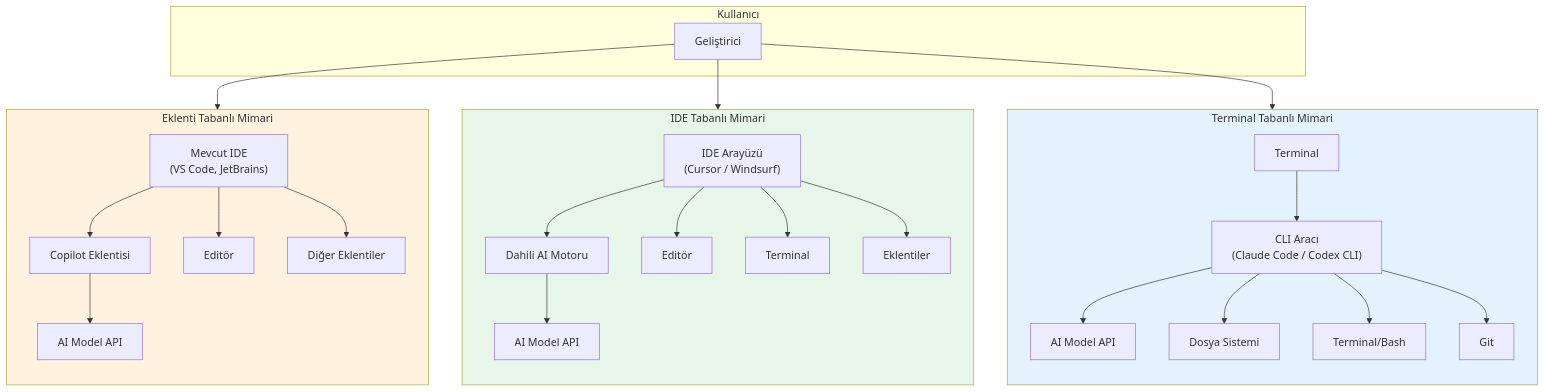
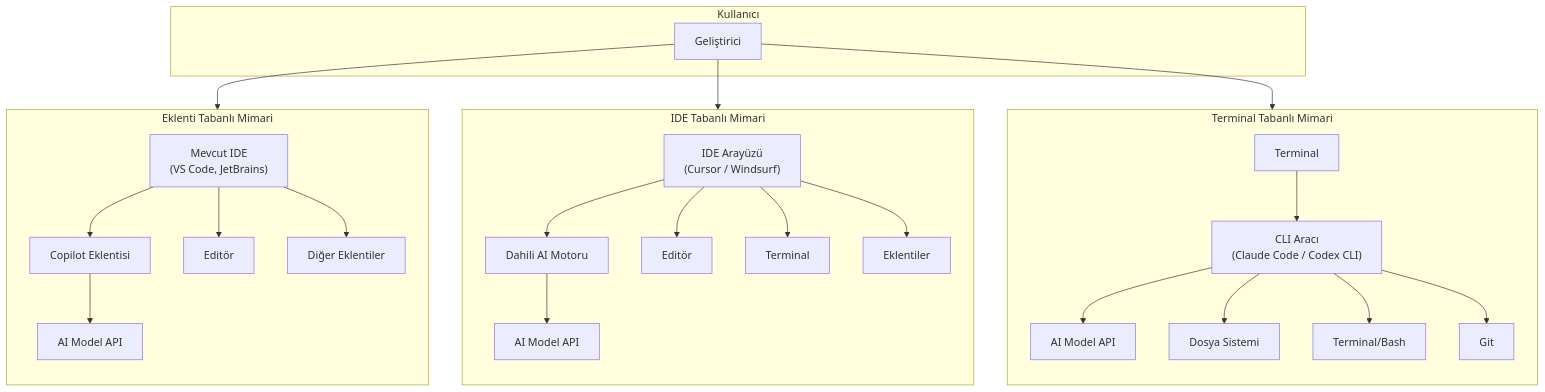
Before and after one commit to IzzetYasinAtes/ClaudeCodeHandbook: the second of 3 diagrams in 04-ai-destekli-gelistirme/05-ai-kodlama-araclari-karsilastirma.md, drawn with Mermaid. The commit also changed other lines of this file and 97 other files, not shown here.

Commit message:
Remove all custom Mermaid style/fill colors from 98 markdown files for consistent dark theme rendering

````diff
--- a/04-ai-destekli-gelistirme/05-ai-kodlama-araclari-karsilastirma.md
+++ b/04-ai-destekli-gelistirme/05-ai-kodlama-araclari-karsilastirma.md
@@ -220,40 +217,37 @@
 ```mermaid
 flowchart TD
     subgraph user ["Kullanıcı"]
         U["Geliştirici"]
     end
 
     subgraph terminal_arch ["Terminal Tabanlı Mimari"]
         direction TB
         T1["Terminal"] --> T2["CLI Aracı<br/>(Claude Code / Codex CLI)"]
         T2 --> T3["AI Model API"]
         T2 --> T4["Dosya Sistemi"]
         T2 --> T5["Terminal/Bash"]
         T2 --> T6["Git"]
     end
 
     subgraph ide_arch ["IDE Tabanlı Mimari"]
         direction TB
         I1["IDE Arayüzü<br/>(Cursor / Windsurf)"] --> I2["Dahili AI Motoru"]
         I2 --> I3["AI Model API"]
         I1 --> I4["Editör"]
         I1 --> I5["Terminal"]
         I1 --> I6["Eklentiler"]
     end
 
     subgraph plugin_arch ["Eklenti Tabanlı Mimari"]
         direction TB
         P1["Mevcut IDE<br/>(VS Code, JetBrains)"] --> P2["Copilot Eklentisi"]
         P2 --> P3["AI Model API"]
         P1 --> P4["Editör"]
         P1 --> P5["Diğer Eklentiler"]
     end
 
     U --> T1
     U --> I1
     U --> P1
 
-    style terminal_arch fill:#E3F2FD
-    style ide_arch fill:#E8F5E9
-    style plugin_arch fill:#FFF3E0
 ```
````
